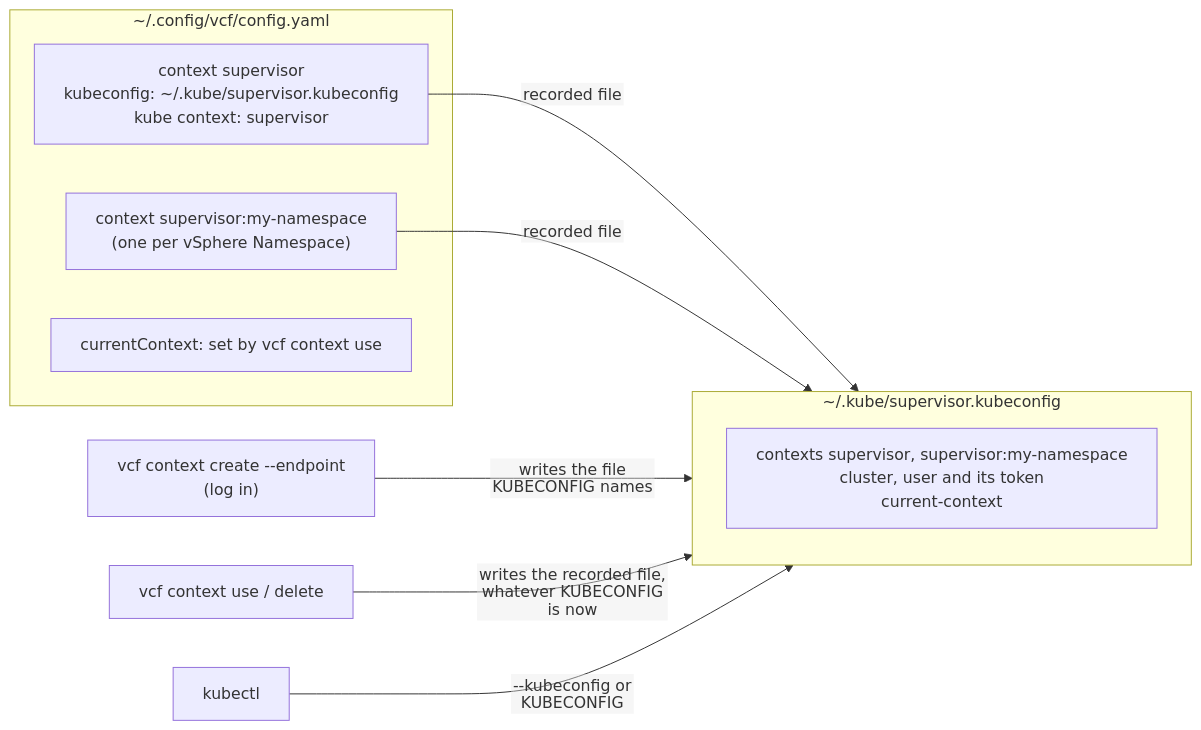
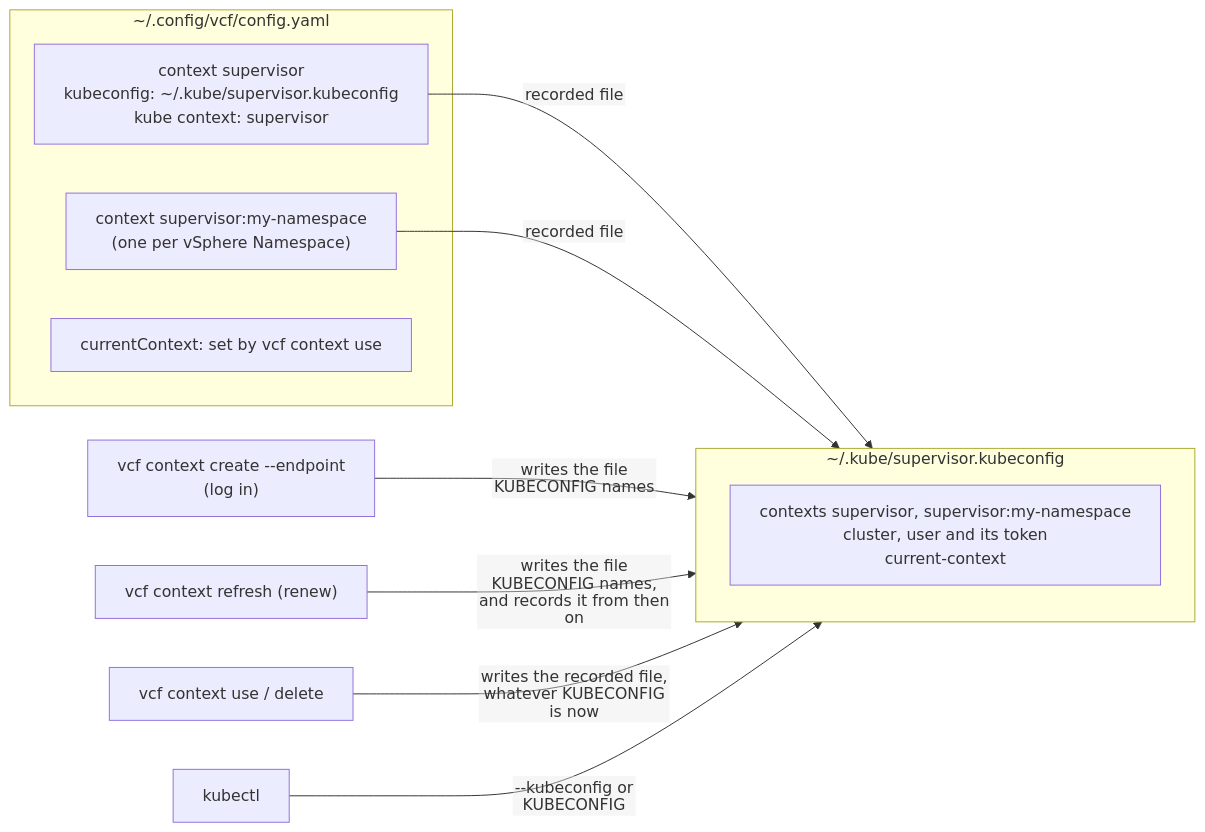
Before and after one commit to AndriyKalashnykov/vks-guides: the fourth of 4 diagrams in docs/VCF.md, drawn with Mermaid. The commit also changed other lines of this file and 1 other file, not shown here.

First line of the commit message:
docs: VCF.md explains kubectl's default ~/.kube/config, what vcf does to it, recovery, and diagrams (measured) (#72)

````diff
--- a/docs/VCF.md
+++ b/docs/VCF.md
@@ -335,17 +454,18 @@
 ```mermaid
 %%{init: {"flowchart": {"htmlLabels": false, "wrappingWidth": 600}}}%%
 flowchart LR
   subgraph CFG["~/.config/vcf/config.yaml"]
     C1["context supervisor<br/>kubeconfig: ~/.kube/supervisor.kubeconfig<br/>kube context: supervisor"]
     C2["context supervisor:my-namespace<br/>(one per vSphere Namespace)"]
     CUR["currentContext: set by vcf context use"]
   end
   subgraph KC["~/.kube/supervisor.kubeconfig"]
     K["contexts supervisor, supervisor:my-namespace<br/>cluster, user and its token<br/>current-context"]
   end
   C1 -- recorded file --> KC
   C2 -- recorded file --> KC
   L["vcf context create --endpoint<br/>(log in)"] -- "writes the file KUBECONFIG names" --> KC
+  R["vcf context refresh (renew)"] -- "writes the file KUBECONFIG names,<br/>and records it from then on" --> KC
   V["vcf context use / delete"] -- "writes the recorded file,<br/>whatever KUBECONFIG is now" --> KC
   KUBECTL["kubectl"] -- "--kubeconfig or KUBECONFIG" --> KC
 ```
````
